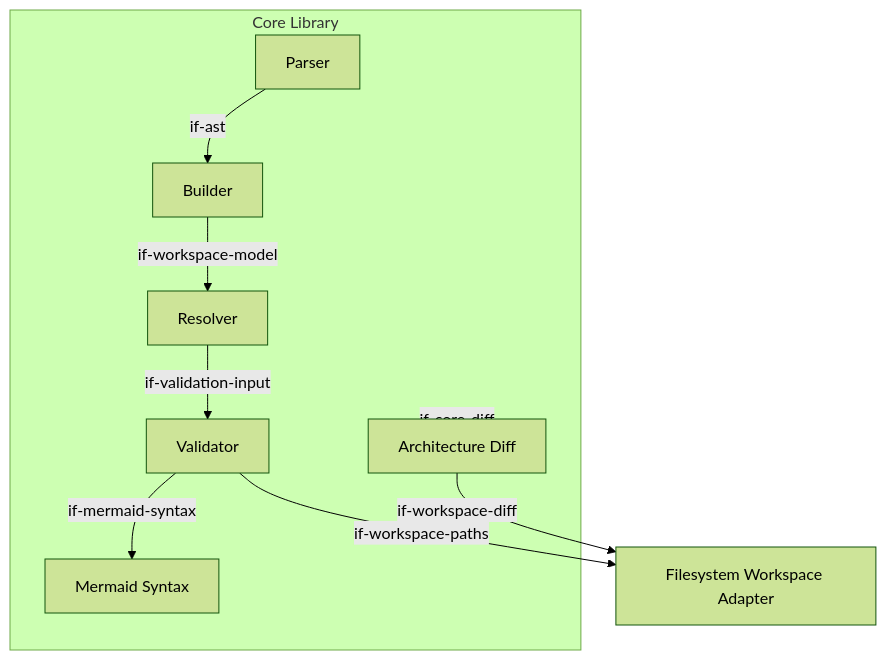
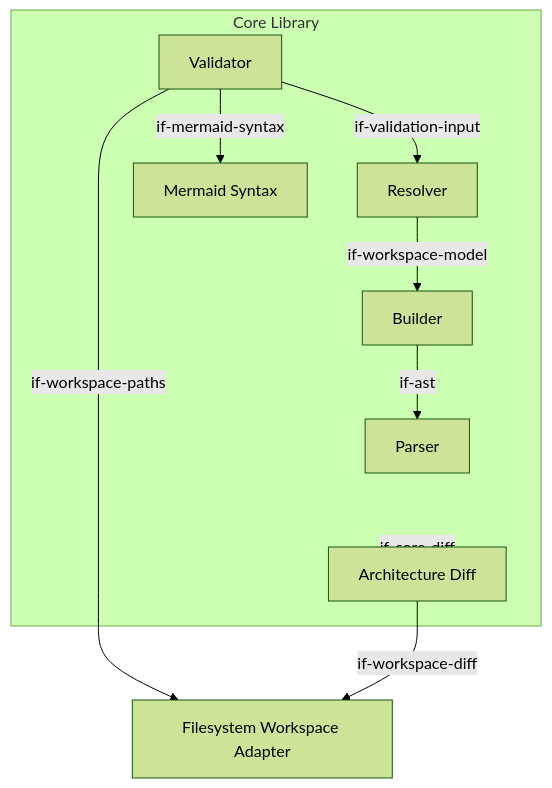
One commit to docToolchain/arc42-language changed the second of 3 diagrams in docs/arc42/05-building-blocks.arc42.md. Above: the diagram before and after it, drawn with Mermaid (forest theme). The commit also changed other lines of this file, not shown here.

Commit message:
fix(docs): correct provider/requires direction for core pipeline interfaces
if-ast, if-workspace-model, and if-validation-input had producer and
consumer swapped: each interface's provider pointed at the *downstream*
stage instead of the stage that actually produces the data (confirmed
against packages/core/src/arc42.ts's parser → builder → resolver →
validator call order). Fixed provider/requires on bb-parser, bb-builder,
bb-resolver, bb-validator and the three interfaces, updated the
core-internals mermaid diagram arrows to match, and reordered each
interface to sit directly after its now-correct providing building
block (W027). arc42 validate --strict on docs/arc42 is clean.

````diff
--- a/docs/arc42/05-building-blocks.arc42.md
+++ b/docs/arc42/05-building-blocks.arc42.md
@@ -72,20 +72,20 @@
 ```mermaid
 graph TD
     subgraph bb-core["Core Library"]
         bb-parser["Parser"]
         bb-builder["Builder"]
         bb-resolver["Resolver"]
         bb-validator["Validator"]
         bb-diff["Architecture Diff"]
         bb-mermaid["Mermaid Syntax"]
     end
     bb-workspace-fs["Filesystem Workspace Adapter"]
 
-    bb-parser -->|"if-ast"| bb-builder
-    bb-builder -->|"if-workspace-model"| bb-resolver
-    bb-resolver -->|"if-validation-input"| bb-validator
+    bb-builder -->|"if-ast"| bb-parser
+    bb-resolver -->|"if-workspace-model"| bb-builder
+    bb-validator -->|"if-validation-input"| bb-resolver
     bb-validator -->|"if-workspace-paths"| bb-workspace-fs
     bb-diff -->|"if-workspace-diff"| bb-workspace-fs
     bb-core -->|"if-core-diff"| bb-diff
     bb-validator -->|"if-mermaid-syntax"| bb-mermaid
 ```
````
